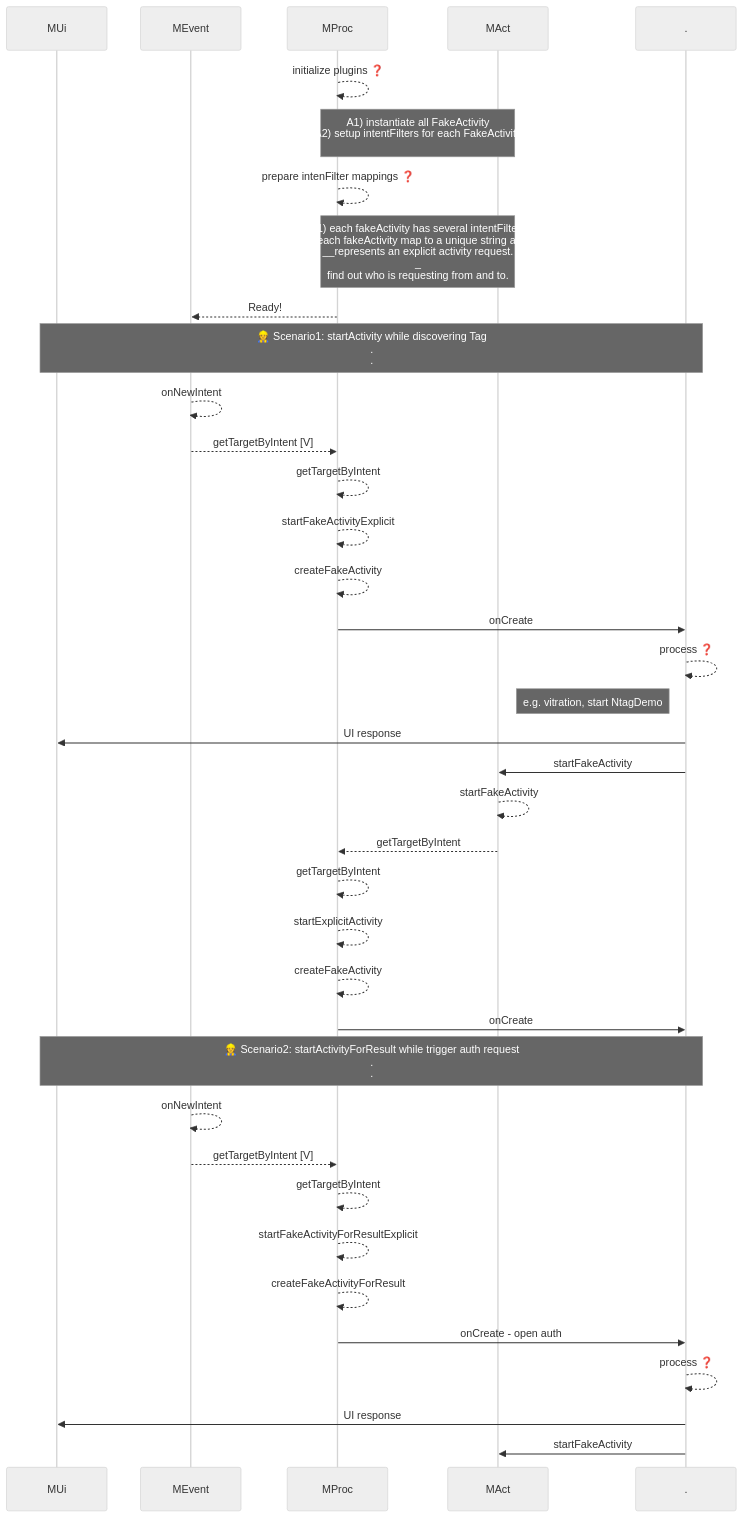
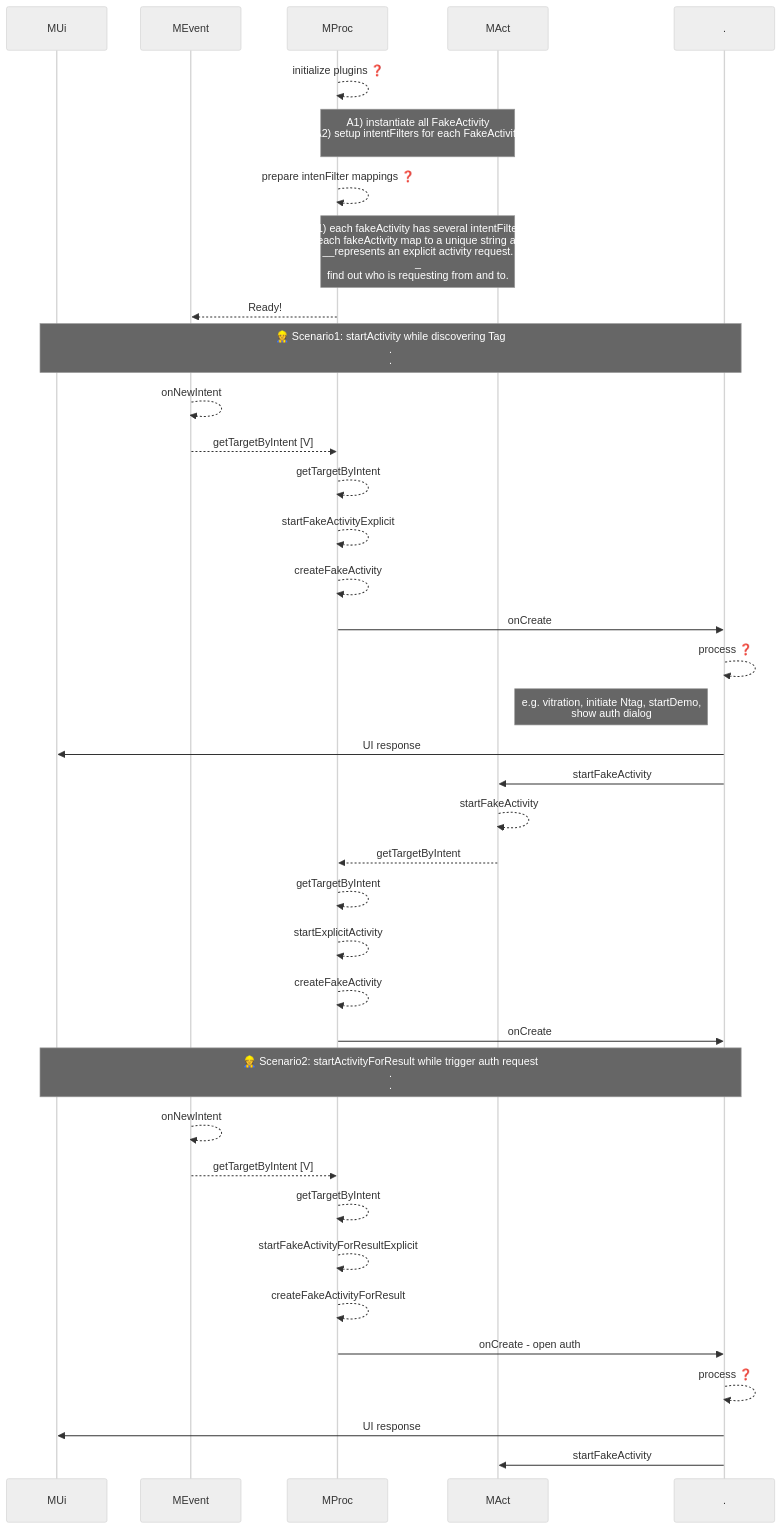
Before and after one commit to gordianknotC/nxp_note: the third of 7 diagrams in flutter/android_to_flutter.md, drawn with Mermaid (neutral theme). The commit also changed other lines of this file, not shown here.

````diff
--- a/flutter/android_to_flutter.md
+++ b/flutter/android_to_flutter.md
@@ -52,51 +52,51 @@
 ```mermaid
 sequenceDiagram
 participant MUi
 participant MEvent
 participant MProc
 participant MAct
 participant .
 
 MProc-->>MProc: initialize plugins ❓
 Note over MProc,MAct: A1) instantiate all FakeActivity<br>A2) setup intentFilters for each FakeActivity<br>
 
 MProc-->>MProc: prepare intenFilter mappings ❓
 
 Note over MProc, MAct: B1) each fakeActivity has several intentFilters<br>B2) each fakeActivity map to a unique string action<br>__represents an explicit activity request.<br>_<br> find out who is requesting from and to.
 
 MProc-->>MEvent: Ready!
 
 
 Note over MUi, .: 👷 Scenario1: startActivity while discovering Tag<br>.<br>.
 MEvent-->>MEvent: onNewIntent
 
 MEvent-->>MProc: getTargetByIntent [V]
 MProc-->>MProc: getTargetByIntent
 MProc-->>MProc: startFakeActivityExplicit
 MProc-->>MProc: createFakeActivity
 MProc->> . : onCreate
 . -->> . : process ❓
-Note left of .: e.g. vitration, start NtagDemo
+Note left of .: e.g. vitration, initiate Ntag, startDemo,<br>show auth dialog
 . ->> MUi: UI response
 . ->> MAct: startFakeActivity
 MAct -->> MAct: startFakeActivity
 MAct -->> MProc: getTargetByIntent
 MProc -->> MProc: getTargetByIntent
 MProc -->> MProc: startExplicitActivity
 MProc -->> MProc: createFakeActivity
 MProc ->> . : onCreate
 
 
 Note over MUi, .: 👷 Scenario2: startActivityForResult while trigger auth request<br>.<br>.
 MEvent-->>MEvent: onNewIntent
 MEvent-->>MProc: getTargetByIntent [V]
 MProc-->>MProc: getTargetByIntent
 MProc-->>MProc: startFakeActivityForResultExplicit
 MProc-->>MProc: createFakeActivityForResult
 MProc->> . : onCreate - open auth
 . -->> . : process ❓
 . ->> MUi: UI response
 . ->> MAct: startFakeActivity
 
 
 ```
````
